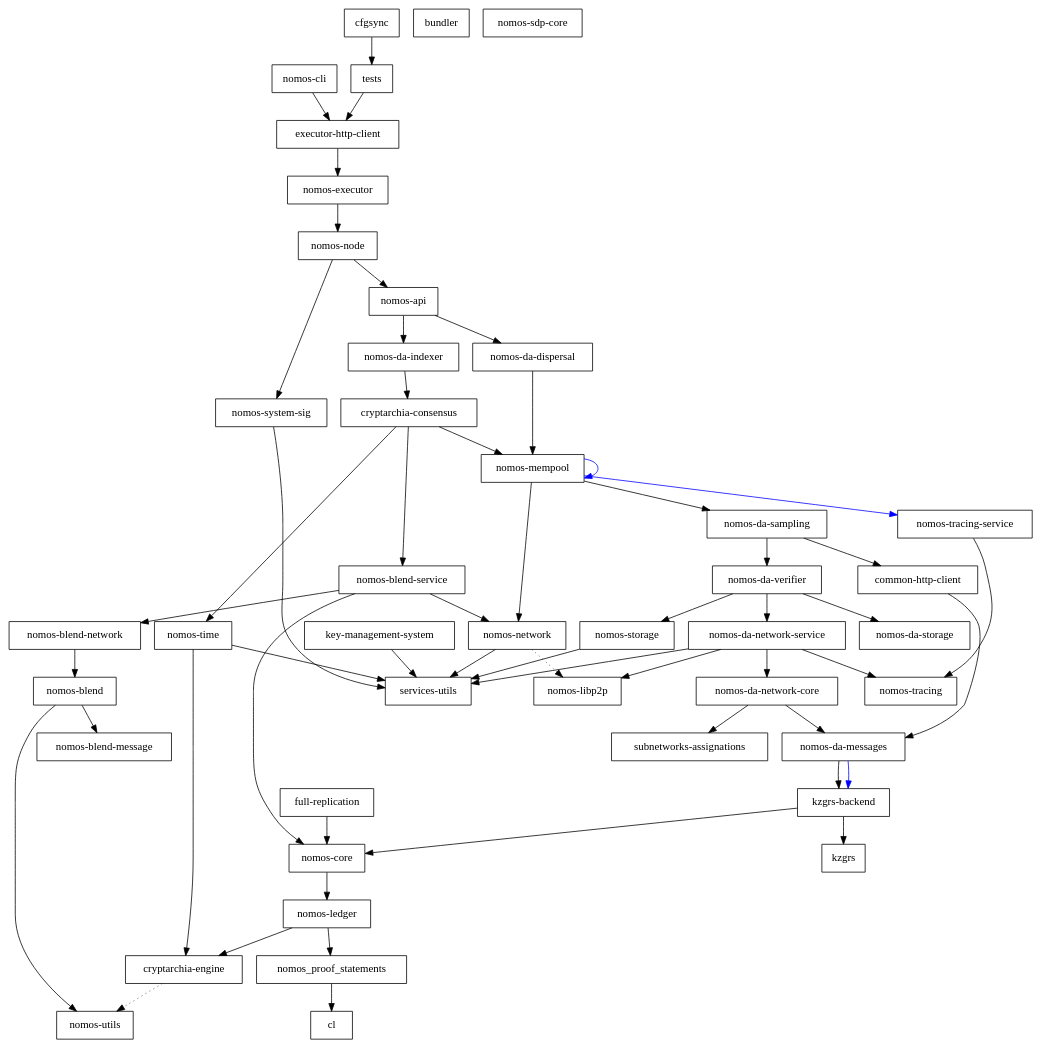
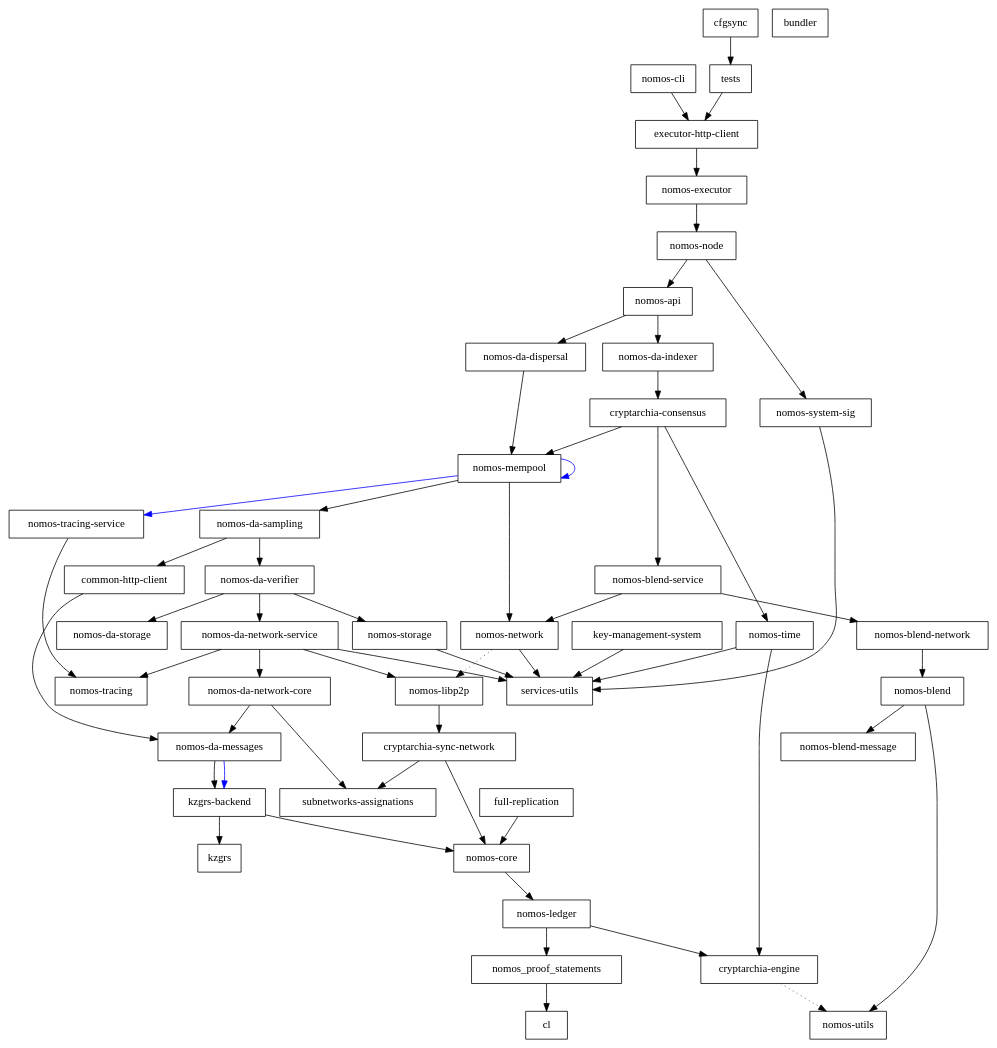
The diagram in dependencies_graph.dot (logos-co/nomos), drawn with Graphviz before and after one commit. The commit also changed 2 other files, not shown here.

Commit message:
refactor: introduce CryptarchiaAdapter for decoupling Synchronization with CryptarchiaConsensus (#1207)

```diff
--- a/dependencies_graph.dot
+++ b/dependencies_graph.dot
@@ -1,99 +1,101 @@
 digraph {
     0 [ label = "common-http-client" shape = box]
     1 [ label = "nomos-core" shape = box]
     2 [ label = "cl" shape = box]
     3 [ label = "cryptarchia-engine" shape = box]
     4 [ label = "nomos-utils" shape = box]
     5 [ label = "nomos-ledger" shape = box]
     6 [ label = "nomos_proof_statements" shape = box]
     7 [ label = "nomos-da-messages" shape = box]
     8 [ label = "kzgrs-backend" shape = box]
     9 [ label = "kzgrs" shape = box]
     10 [ label = "executor-http-client" shape = box]
     11 [ label = "nomos-executor" shape = box]
     12 [ label = "nomos-api" shape = box]
     13 [ label = "cryptarchia-consensus" shape = box]
-    14 [ label = "nomos-blend-service" shape = box]
-    15 [ label = "nomos-blend" shape = box]
-    16 [ label = "nomos-blend-message" shape = box]
-    17 [ label = "nomos-blend-network" shape = box]
-    18 [ label = "nomos-libp2p" shape = box]
-    19 [ label = "nomos-network" shape = box]
-    20 [ label = "services-utils" shape = box]
-    21 [ label = "nomos-da-sampling" shape = box]
-    22 [ label = "nomos-da-network-core" shape = box]
-    23 [ label = "subnetworks-assignations" shape = box]
-    24 [ label = "nomos-da-network-service" shape = box]
-    25 [ label = "nomos-tracing" shape = box]
-    26 [ label = "nomos-da-storage" shape = box]
-    27 [ label = "nomos-da-verifier" shape = box]
-    28 [ label = "nomos-storage" shape = box]
-    29 [ label = "nomos-mempool" shape = box]
-    30 [ label = "nomos-tracing-service" shape = box]
-    31 [ label = "nomos-time" shape = box]
-    32 [ label = "nomos-da-dispersal" shape = box]
-    33 [ label = "nomos-da-indexer" shape = box]
-    34 [ label = "nomos-node" shape = box]
-    35 [ label = "nomos-system-sig" shape = box]
-    36 [ label = "bundler" shape = box]
-    37 [ label = "nomos-cli" shape = box]
-    38 [ label = "full-replication" shape = box]
-    39 [ label = "nomos-sdp-core" shape = box]
+    14 [ label = "cryptarchia-sync-network" shape = box]
+    15 [ label = "subnetworks-assignations" shape = box]
+    16 [ label = "nomos-blend-service" shape = box]
+    17 [ label = "nomos-blend" shape = box]
+    18 [ label = "nomos-blend-message" shape = box]
+    19 [ label = "nomos-blend-network" shape = box]
+    20 [ label = "nomos-libp2p" shape = box]
+    21 [ label = "nomos-network" shape = box]
+    22 [ label = "services-utils" shape = box]
+    23 [ label = "nomos-da-sampling" shape = box]
+    24 [ label = "nomos-da-network-core" shape = box]
+    25 [ label = "nomos-da-network-service" shape = box]
+    26 [ label = "nomos-tracing" shape = box]
+    27 [ label = "nomos-da-storage" shape = box]
+    28 [ label = "nomos-da-verifier" shape = box]
+    29 [ label = "nomos-storage" shape = box]
+    30 [ label = "nomos-mempool" shape = box]
+    31 [ label = "nomos-tracing-service" shape = box]
+    32 [ label = "nomos-time" shape = box]
+    33 [ label = "nomos-da-dispersal" shape = box]
+    34 [ label = "nomos-da-indexer" shape = box]
+    35 [ label = "nomos-node" shape = box]
+    36 [ label = "nomos-system-sig" shape = box]
+    37 [ label = "bundler" shape = box]
+    38 [ label = "nomos-cli" shape = box]
+    39 [ label = "full-replication" shape = box]
     40 [ label = "key-management-system" shape = box]
     41 [ label = "cfgsync" shape = box]
     42 [ label = "tests" shape = box]
     0 -> 7 [ ]
     1 -> 5 [ ]
     3 -> 4 [ style = dotted]
     5 -> 3 [ ]
     5 -> 6 [ ]
     6 -> 2 [ ]
     7 -> 8 [ ]
     7 -> 8 [ color = blue]
     8 -> 9 [ ]
     8 -> 1 [ ]
     10 -> 11 [ ]
-    11 -> 34 [ ]
-    12 -> 32 [ ]
+    11 -> 35 [ ]
     12 -> 33 [ ]
-    13 -> 14 [ ]
-    13 -> 29 [ ]
-    13 -> 31 [ ]
-    14 -> 17 [ ]
+    12 -> 34 [ ]
+    13 -> 16 [ ]
+    13 -> 30 [ ]
+    13 -> 32 [ ]
     14 -> 1 [ ]
-    14 -> 19 [ ]
-    15 -> 16 [ ]
-    15 -> 4 [ ]
-    17 -> 15 [ ]
-    19 -> 18 [ style = dotted]
-    19 -> 20 [ ]
-    21 -> 0 [ ]
-    21 -> 27 [ ]
-    22 -> 7 [ ]
-    22 -> 23 [ ]
-    24 -> 22 [ ]
-    24 -> 18 [ ]
-    24 -> 25 [ ]
-    24 -> 20 [ ]
-    27 -> 24 [ ]
-    27 -> 26 [ ]
-    27 -> 28 [ ]
-    28 -> 20 [ ]
-    29 -> 21 [ ]
-    29 -> 29 [ color = blue]
-    29 -> 19 [ ]
-    29 -> 30 [ color = blue]
-    30 -> 25 [ ]
-    31 -> 3 [ ]
-    31 -> 20 [ ]
-    32 -> 29 [ ]
-    33 -> 13 [ ]
-    34 -> 12 [ ]
-    34 -> 35 [ ]
-    35 -> 20 [ ]
-    37 -> 10 [ ]
-    38 -> 1 [ ]
-    40 -> 20 [ ]
+    14 -> 15 [ ]
+    16 -> 19 [ ]
+    16 -> 21 [ ]
+    17 -> 18 [ ]
+    17 -> 4 [ ]
+    19 -> 17 [ ]
+    20 -> 14 [ ]
+    21 -> 20 [ style = dotted]
+    21 -> 22 [ ]
+    23 -> 0 [ ]
+    23 -> 28 [ ]
+    24 -> 7 [ ]
+    24 -> 15 [ ]
+    25 -> 24 [ ]
+    25 -> 20 [ ]
+    25 -> 26 [ ]
+    25 -> 22 [ ]
+    28 -> 25 [ ]
+    28 -> 27 [ ]
+    28 -> 29 [ ]
+    29 -> 22 [ ]
+    30 -> 23 [ ]
+    30 -> 30 [ color = blue]
+    30 -> 21 [ ]
+    30 -> 31 [ color = blue]
+    31 -> 26 [ ]
+    32 -> 3 [ ]
+    32 -> 22 [ ]
+    33 -> 30 [ ]
+    34 -> 13 [ ]
+    35 -> 12 [ ]
+    35 -> 36 [ ]
+    36 -> 22 [ ]
+    38 -> 10 [ ]
+    39 -> 1 [ ]
+    40 -> 22 [ ]
     41 -> 42 [ ]
     42 -> 10 [ ]
 }
```
